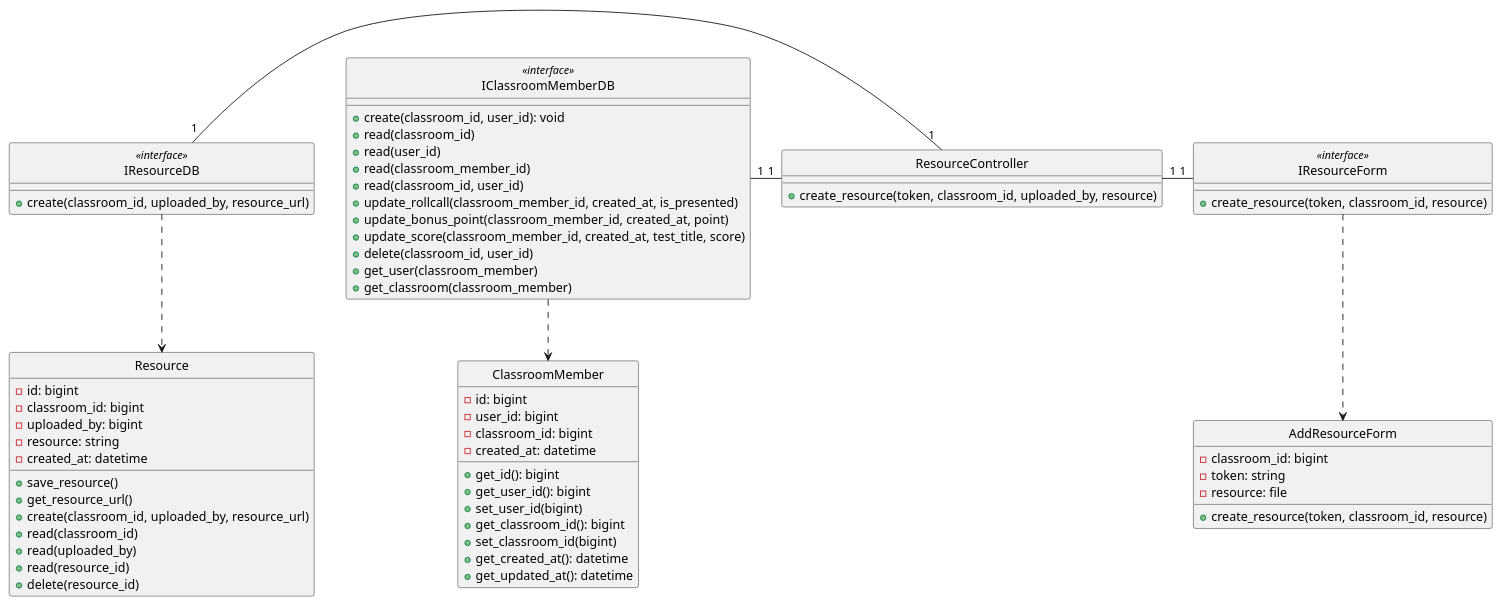
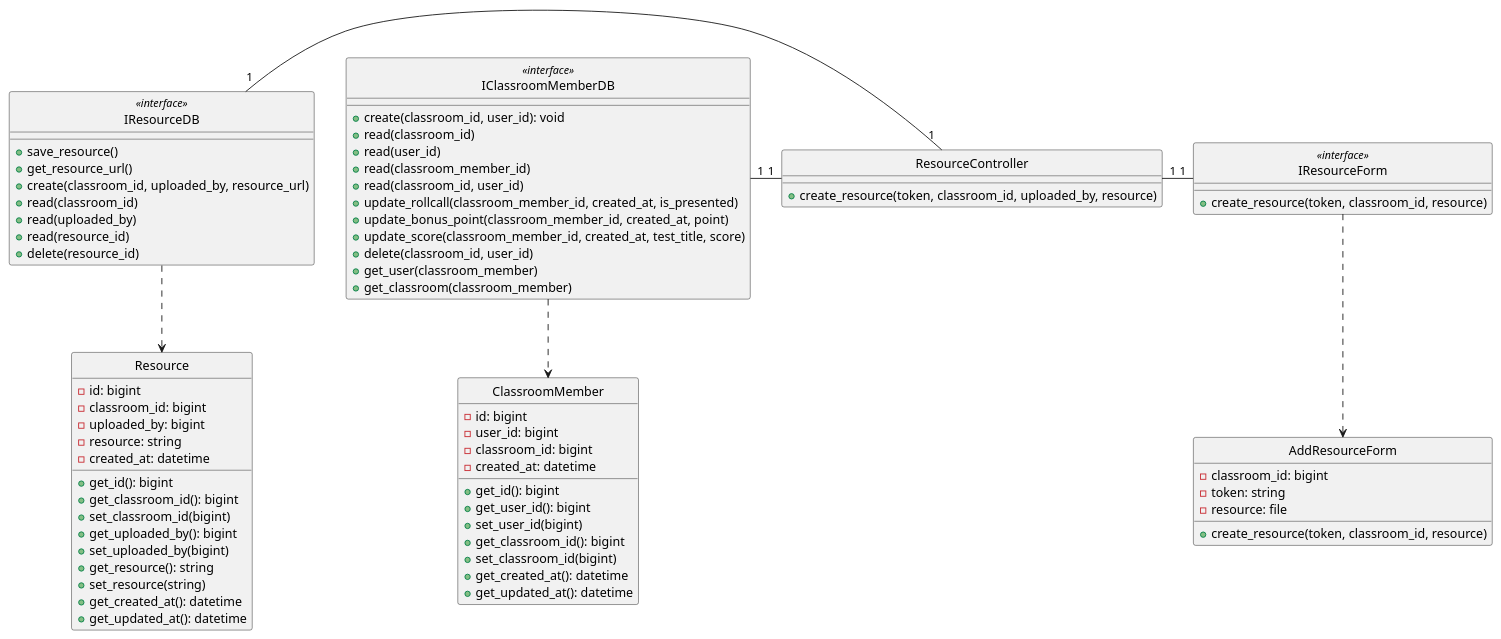
The diagram in class - design/resource/createResource.plantuml (anonyhostvn/OOAD-Diagram), drawn with PlantUML before and after one commit. The commit also changed 8 other files, not shown here.

```diff
--- a/class - design/resource/createResource.plantuml
+++ b/class - design/resource/createResource.plantuml
@@ -1,86 +1,94 @@
 @startuml addResource
 
 class AddResourceForm {
     - classroom_id: bigint
     - token: string
     - resource: file
 
     + create_resource(token, classroom_id, resource)
 }
 
 class IResourceForm <<interface>> {
     + create_resource(token, classroom_id, resource)
 }
 
 class ResourceController {
     + create_resource(token, classroom_id, uploaded_by, resource)
 }
 
 class ClassroomMember {
     - id: bigint
     - user_id: bigint
     - classroom_id: bigint
     - created_at: datetime
 
     + get_id(): bigint
     + get_user_id(): bigint
     + set_user_id(bigint)
     + get_classroom_id(): bigint
     + set_classroom_id(bigint)
     + get_created_at(): datetime
     + get_updated_at(): datetime
 }
 
 class IClassroomMemberDB <<interface>> {
     + create(classroom_id, user_id): void
     + read(classroom_id)
     + read(user_id)
     + read(classroom_member_id)
     + read(classroom_id, user_id)
     + update_rollcall(classroom_member_id, created_at, is_presented)
     + update_bonus_point(classroom_member_id, created_at, point)
     + update_score(classroom_member_id, created_at, test_title, score)
     + delete(classroom_id, user_id)
     + get_user(classroom_member)
     + get_classroom(classroom_member)
 }
 
 
 class Resource {
     -id: bigint
     -classroom_id: bigint
     -uploaded_by: bigint
     -resource: string
     -created_at: datetime
 
+    + get_id(): bigint
+    + get_classroom_id(): bigint
+    + set_classroom_id(bigint)
+    + get_uploaded_by(): bigint
+    + set_uploaded_by(bigint)
+    + get_resource(): string
+    + set_resource(string)
+    + get_created_at(): datetime
+    + get_updated_at(): datetime
+}
+
+class IResourceDB <<interface>> {
     + save_resource()
     + get_resource_url()
     +create(classroom_id, uploaded_by, resource_url)
     +read(classroom_id)
     +read(uploaded_by)
     +read(resource_id)
     +delete(resource_id)
-}
-
-class IResourceDB <<interface>> {
-    + create(classroom_id, uploaded_by, resource_url)
 }
 
 hide AddResourceForm circle
 hide IResourceForm <<interface>> circle
 hide ResourceController circle
 hide IClassroomMemberDB <<interface>> circle
 hide ClassroomMember circle
 hide IResourceDB <<interface>> circle
 hide Resource circle 
 
 
 IResourceForm .down.> AddResourceForm
 IClassroomMemberDB .down.> ClassroomMember
 IResourceDB .down.> Resource
 IResourceForm "1"-left-"1" ResourceController
 ResourceController "1"-left-"1" IClassroomMemberDB
 ResourceController "1"-left-"1" IResourceDB
 
 
 @enduml
```
